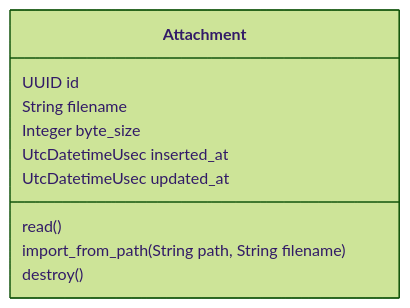
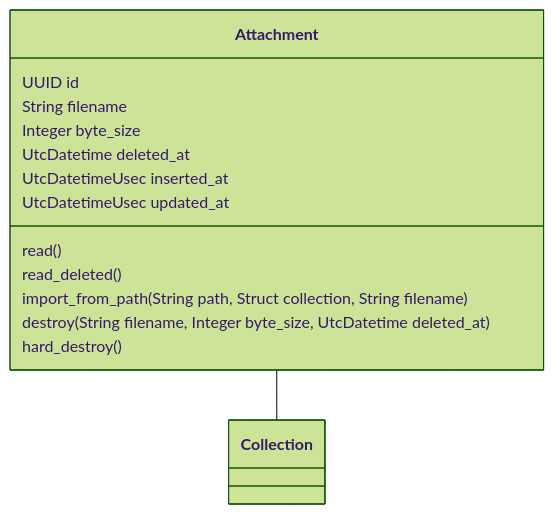
The diagram in lib/data_aggregator/files/files-mermaid-class-diagram.md (zebbra/data_aggregator), drawn with Mermaid (forest theme) before and after one commit. The commit also changed 9 other files, not shown here.

````diff
--- a/lib/data_aggregator/files/files-mermaid-class-diagram.md
+++ b/lib/data_aggregator/files/files-mermaid-class-diagram.md
@@ -1,16 +1,19 @@
 ```mermaid
 classDiagram
     class Attachment {
         UUID id
         String filename
         Integer byte_size
+        UtcDatetime deleted_at
         UtcDatetimeUsec inserted_at
         UtcDatetimeUsec updated_at
         read()
-        import_from_path(String path, String filename)
-        destroy()
+        read_deleted()
+        import_from_path(String path, Struct collection, String filename)
+        destroy(String filename, Integer byte_size, UtcDatetime deleted_at)
+        hard_destroy()
     }
 
-
+    Attachment -- Collection
 
 ```
````
